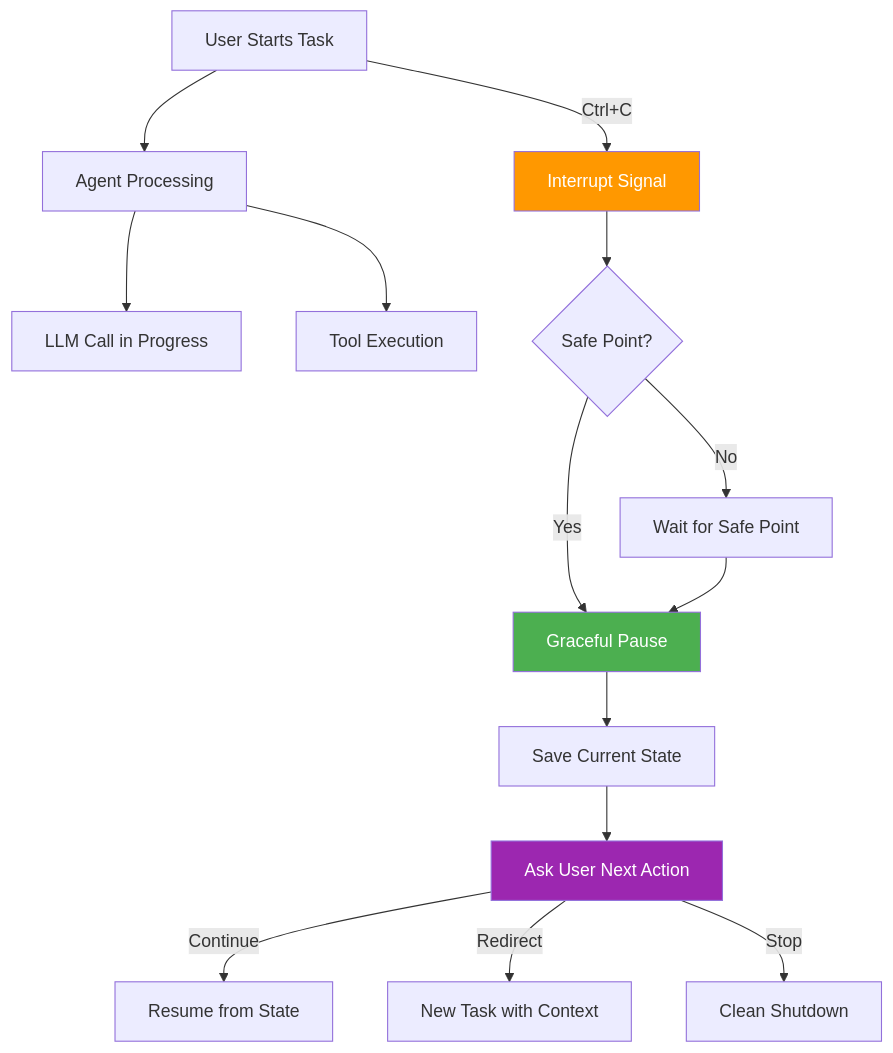
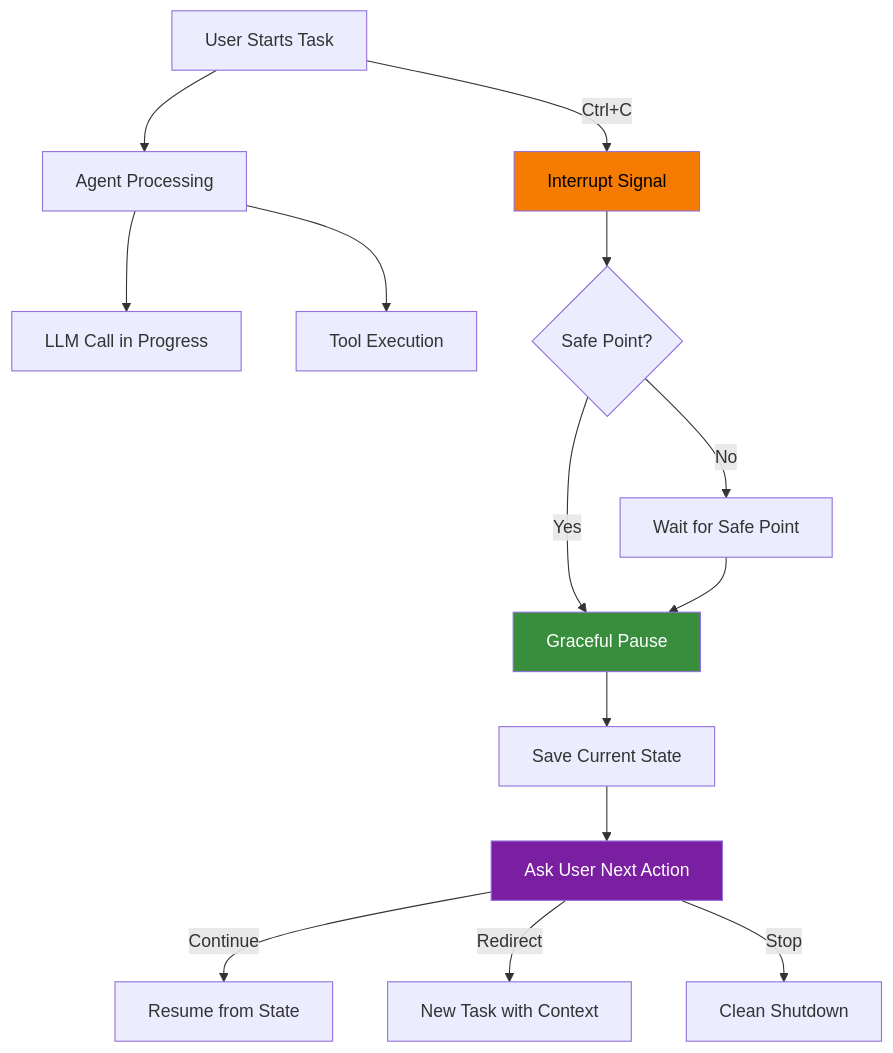
One commit to fwornle/agentic-ai-nano changed diagram 11 of 15 in docs-content/01_frameworks/Session1_ModuleD_Coding_Assistant_Case_Study.md. Above: the diagram before and after it, drawn with Mermaid. The commit also changed other lines of this file, not shown here.

````diff
--- a/docs-content/01_frameworks/Session1_ModuleD_Coding_Assistant_Case_Study.md
+++ b/docs-content/01_frameworks/Session1_ModuleD_Coding_Assistant_Case_Study.md
@@ -657,25 +657,25 @@
 ```mermaid
 graph TD
     U[User Starts Task] --> A[Agent Processing]
     A --> LLM[LLM Call in Progress]
     A --> TOOL[Tool Execution]
     
     U -->|Ctrl+C| INT[Interrupt Signal]
     INT --> CHECK{Safe Point?}
     
     CHECK -->|Yes| PAUSE[Graceful Pause]
     CHECK -->|No| WAIT[Wait for Safe Point]
     
     PAUSE --> SAVE[Save Current State]
     SAVE --> ASK[Ask User Next Action]
     
     ASK -->|Continue| RESUME[Resume from State]
     ASK -->|Redirect| NEW[New Task with Context]
     ASK -->|Stop| CLEAN[Clean Shutdown]
     
     WAIT --> PAUSE
     
-    style INT fill:#FF9800,color:#ffffff
-    style PAUSE fill:#4CAF50,color:#ffffff
-    style ASK fill:#9C27B0,color:#ffffff
+    style INT fill:#F57C00,color:#000000
+    style PAUSE fill:#388E3C,color:#ffffff
+    style ASK fill:#7B1FA2,color:#ffffff
 ```
````
